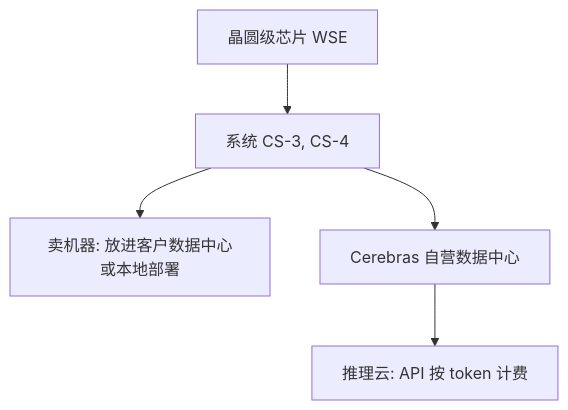
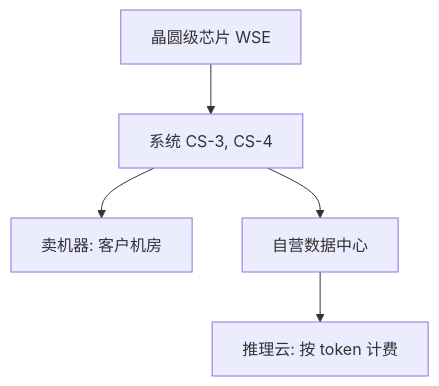
The diagram in vault/interviews/companies/cerebras/deck/cards/company/cbr-company-what-it-sells.md (ChiChasesCheese/trellis), drawn with Mermaid before and after one commit. The commit also changed 27 other files, not shown here.

First line of the commit message:
Cerebras HM prep: phone-sized diagrams and two corrected facts in the 100 cards for the hiring-manager round

````diff
--- a/vault/interviews/companies/cerebras/deck/cards/company/cbr-company-what-it-sells.md
+++ b/vault/interviews/companies/cerebras/deck/cards/company/cbr-company-what-it-sells.md
@@ -14,7 +14,7 @@
 ```mermaid
 flowchart TD
     W["晶圆级芯片 WSE"] --> S["系统 CS-3, CS-4"]
-    S --> M["卖机器: 放进客户数据中心或本地部署"]
-    S --> D["Cerebras 自营数据中心"]
-    D --> C["推理云: API 按 token 计费"]
+    S --> M["卖机器: 客户机房"]
+    S --> D["自营数据中心"]
+    D --> C["推理云: 按 token 计费"]
 ```
````
